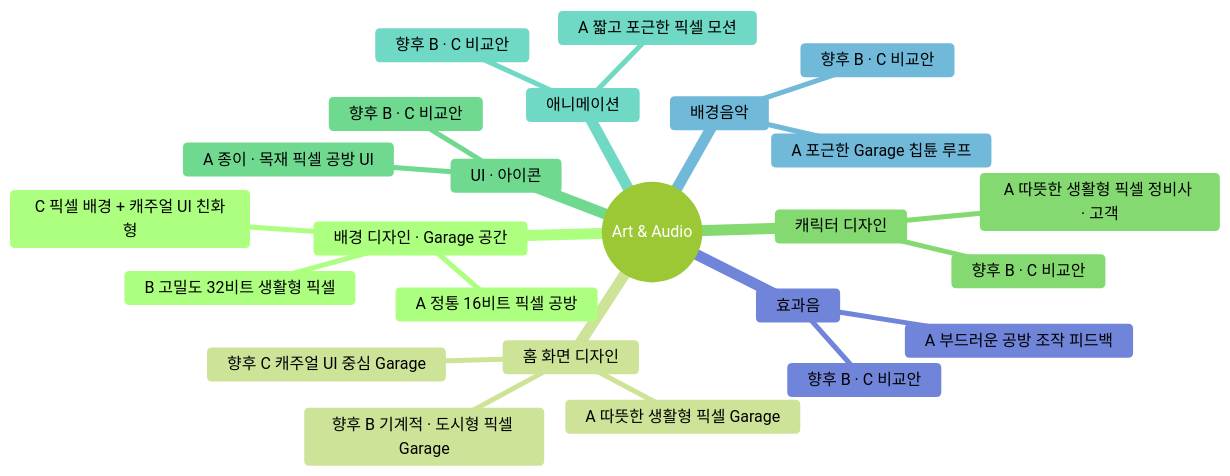
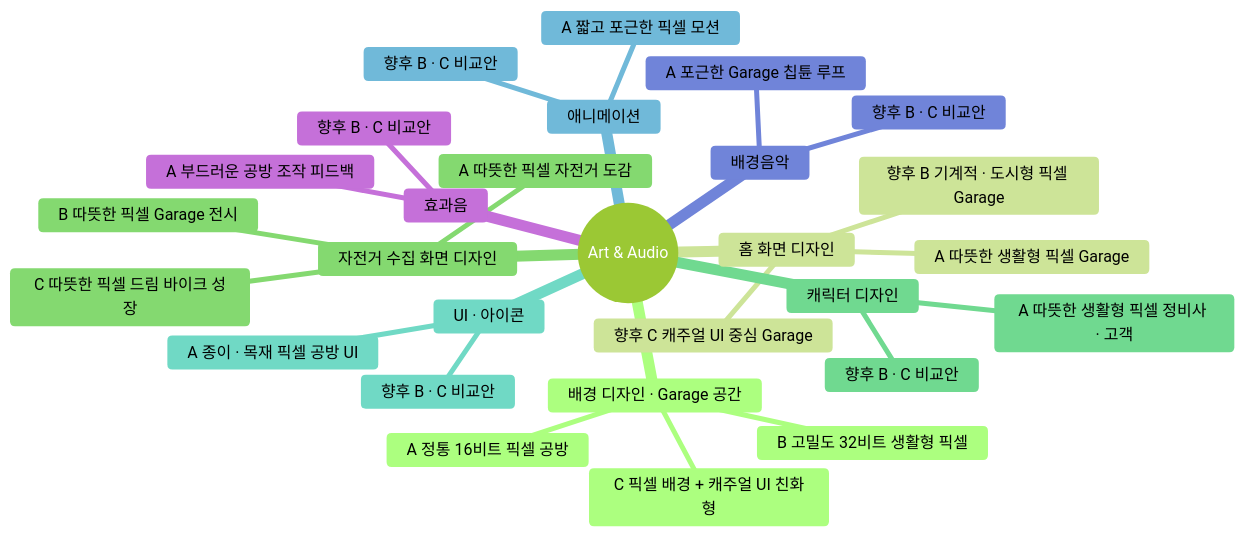
One commit to aigemro/dream-bike-garage-lab changed the third of 5 diagrams in docs/LAB_PROTOTYPE_MAP.md. Above: the diagram before and after it, drawn with Mermaid (forest theme). The commit also changed other lines of this file and 6 other files, not shown here.

First line of the commit message:
feat: 자전거 수집 화면 디자인 트랙 추가 (홈 A안 기반 A/B/C안)

````diff
--- a/docs/LAB_PROTOTYPE_MAP.md
+++ b/docs/LAB_PROTOTYPE_MAP.md
@@ -137,27 +138,31 @@
 ```mermaid
 mindmap
   root((Art & Audio))
     배경 디자인 · Garage 공간
       A 정통 16비트 픽셀 공방
       B 고밀도 32비트 생활형 픽셀
       C 픽셀 배경 + 캐주얼 UI 친화형
     홈 화면 디자인
       A 따뜻한 생활형 픽셀 Garage
       향후 B 기계적 · 도시형 픽셀 Garage
       향후 C 캐주얼 UI 중심 Garage
+    자전거 수집 화면 디자인
+      A 따뜻한 픽셀 자전거 도감
+      B 따뜻한 픽셀 Garage 전시
+      C 따뜻한 픽셀 드림 바이크 성장
     캐릭터 디자인
       A 따뜻한 생활형 픽셀 정비사 · 고객
       향후 B · C 비교안
     UI · 아이콘
       A 종이 · 목재 픽셀 공방 UI
       향후 B · C 비교안
     애니메이션
       A 짧고 포근한 픽셀 모션
       향후 B · C 비교안
     배경음악
       A 포근한 Garage 칩튠 루프
       향후 B · C 비교안
     효과음
       A 부드러운 공방 조작 피드백
       향후 B · C 비교안
 ```
````
